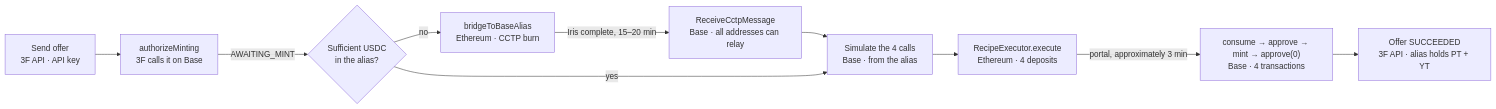
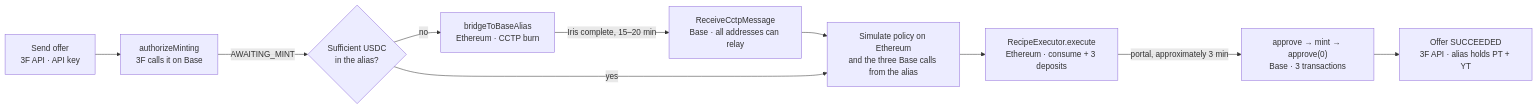
Before and after one commit to symbioticfi/adapters: the diagram in script/deploy/base-chain/ALIAS_RUNBOOK.md, drawn with Mermaid. The commit also changed other lines of this file and 15 other files, not shown here.

First line of the commit message:
fix: gate Base alias mints on Ethereum policy

````diff
--- a/script/deploy/base-chain/ALIAS_RUNBOOK.md
+++ b/script/deploy/base-chain/ALIAS_RUNBOOK.md
@@ -257,12 +182,12 @@
 ```mermaid
 flowchart LR
     offer["Send offer<br/>3F API · API key"] --> auth["authorizeMinting<br/>3F calls it on Base"]
     auth -- AWAITING_MINT --> enough{"Sufficient USDC<br/>in the alias?"}
     enough -- no --> bridge["bridgeToBaseAlias<br/>Ethereum · CCTP burn"]
     bridge -- "Iris complete, 15–20 min" --> receive["ReceiveCctpMessage<br/>Base · all addresses can relay"]
     receive --> sim
-    enough -- yes --> sim["Simulate the 4 calls<br/>Base · from the alias"]
-    sim --> mint["RecipeExecutor.execute<br/>Ethereum · 4 deposits"]
-    mint -- "portal, approximately 3 min" --> minted["consume → approve → mint → approve(0)<br/>Base · 4 transactions"]
+    enough -- yes --> sim["Simulate policy on Ethereum<br/>and the three Base calls from the alias"]
+    sim --> mint["RecipeExecutor.execute<br/>Ethereum · consume + 3 deposits"]
+    mint -- "portal, approximately 3 min" --> minted["approve → mint → approve(0)<br/>Base · 3 transactions"]
     minted --> done["Offer SUCCEEDED<br/>3F API · alias holds PT + YT"]
 ```
````
